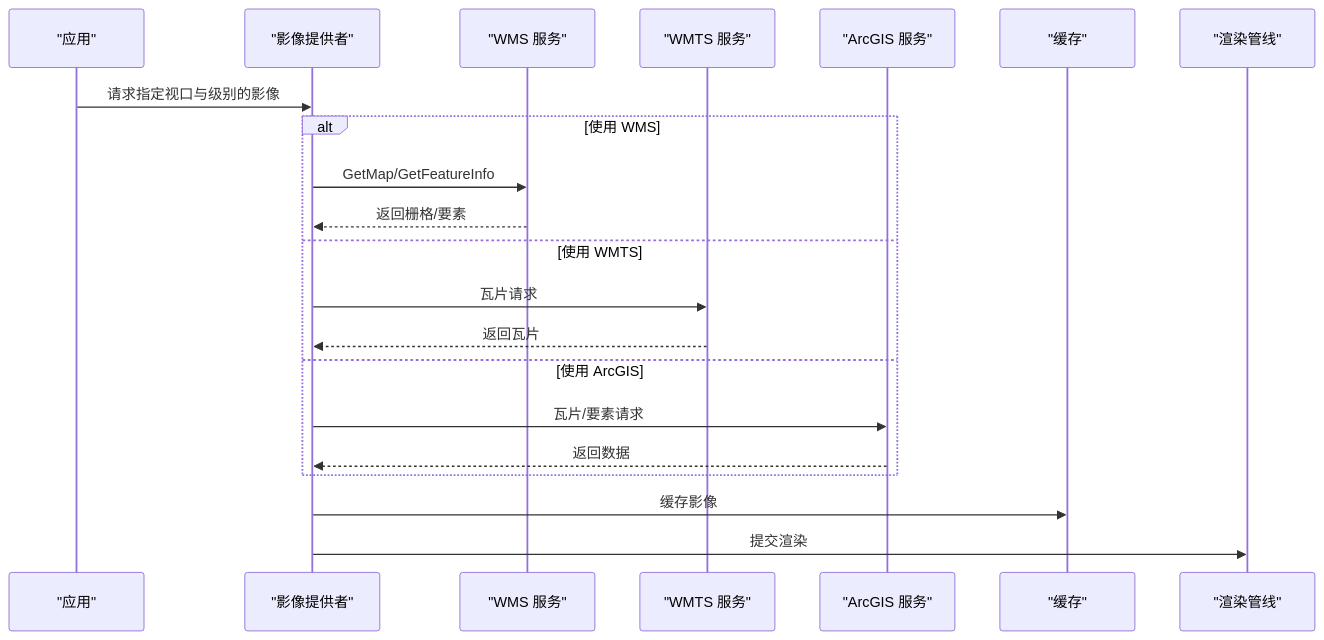
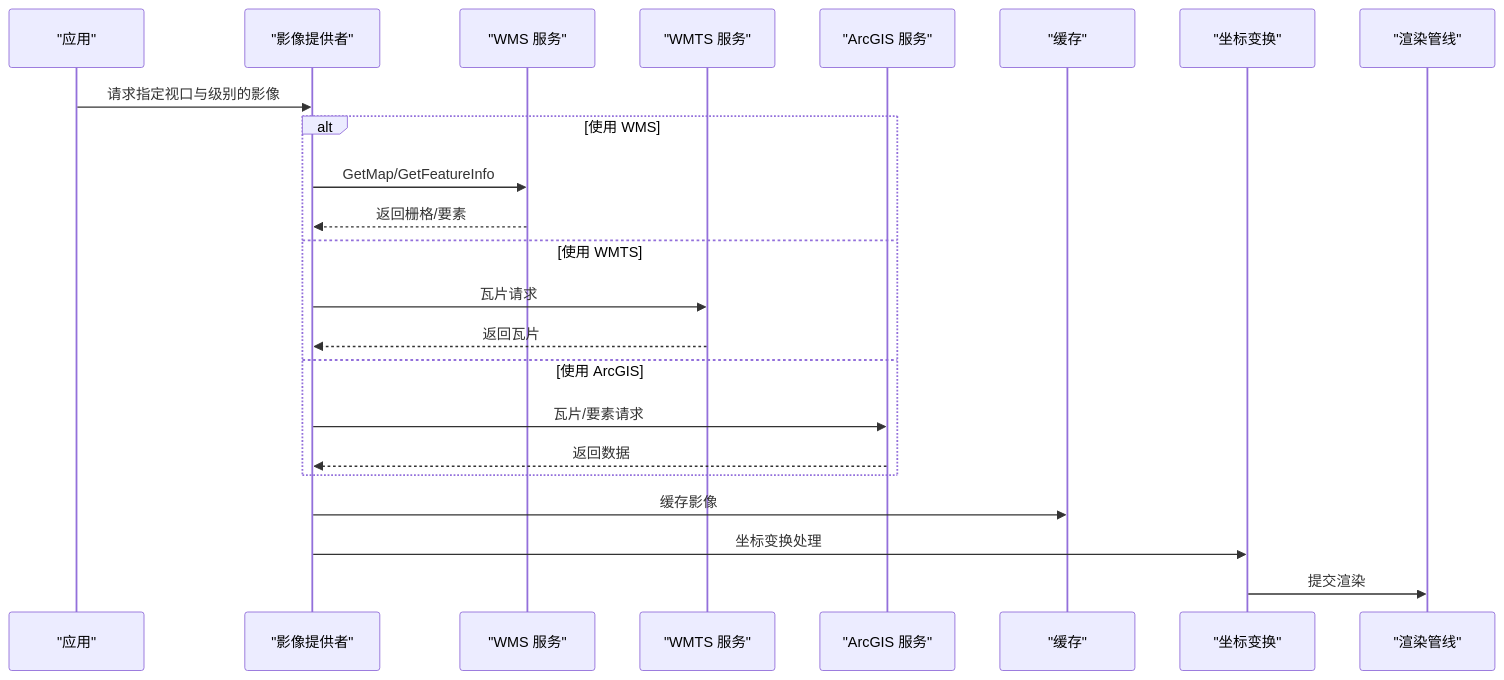
Before and after one commit to rzhangjing/cesium: the fifth of 7 diagrams in .qoder/repowiki/zh/content/数据提供者/数据提供者.md, drawn with Mermaid. The commit also changed other lines of this file and 52 other files, not shown here.

````diff
--- a/.qoder/repowiki/zh/content/数据提供者/数据提供者.md
+++ b/.qoder/repowiki/zh/content/数据提供者/数据提供者.md
@@ -189,23 +207,25 @@
 ```mermaid
 sequenceDiagram
 participant App as "应用"
 participant IP as "影像提供者"
 participant WMS as "WMS 服务"
 participant WMTS as "WMTS 服务"
 participant AGS as "ArcGIS 服务"
 participant Cache as "缓存"
+participant Transform as "坐标变换"
 participant Render as "渲染管线"
 App->>IP : 请求指定视口与级别的影像
 alt 使用 WMS
 IP->>WMS : GetMap/GetFeatureInfo
 WMS-->>IP : 返回栅格/要素
 else 使用 WMTS
 IP->>WMTS : 瓦片请求
 WMTS-->>IP : 返回瓦片
 else 使用 ArcGIS
 IP->>AGS : 瓦片/要素请求
 AGS-->>IP : 返回数据
 end
 IP->>Cache : 缓存影像
-IP->>Render : 提交渲染
+IP->>Transform : 坐标变换处理
+Transform->>Render : 提交渲染
 ```
````
